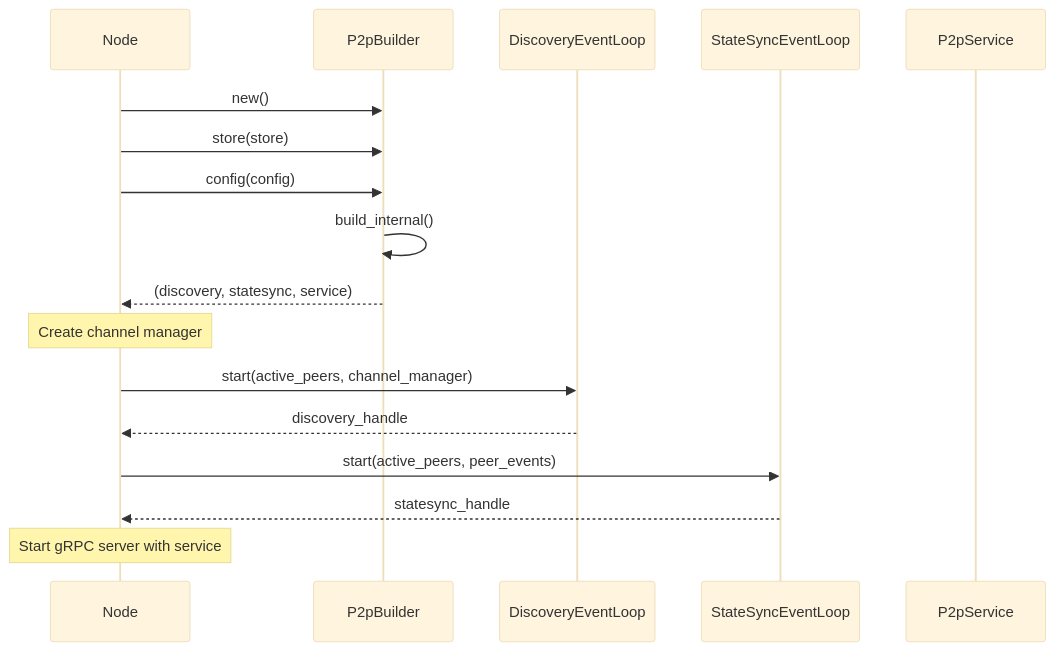
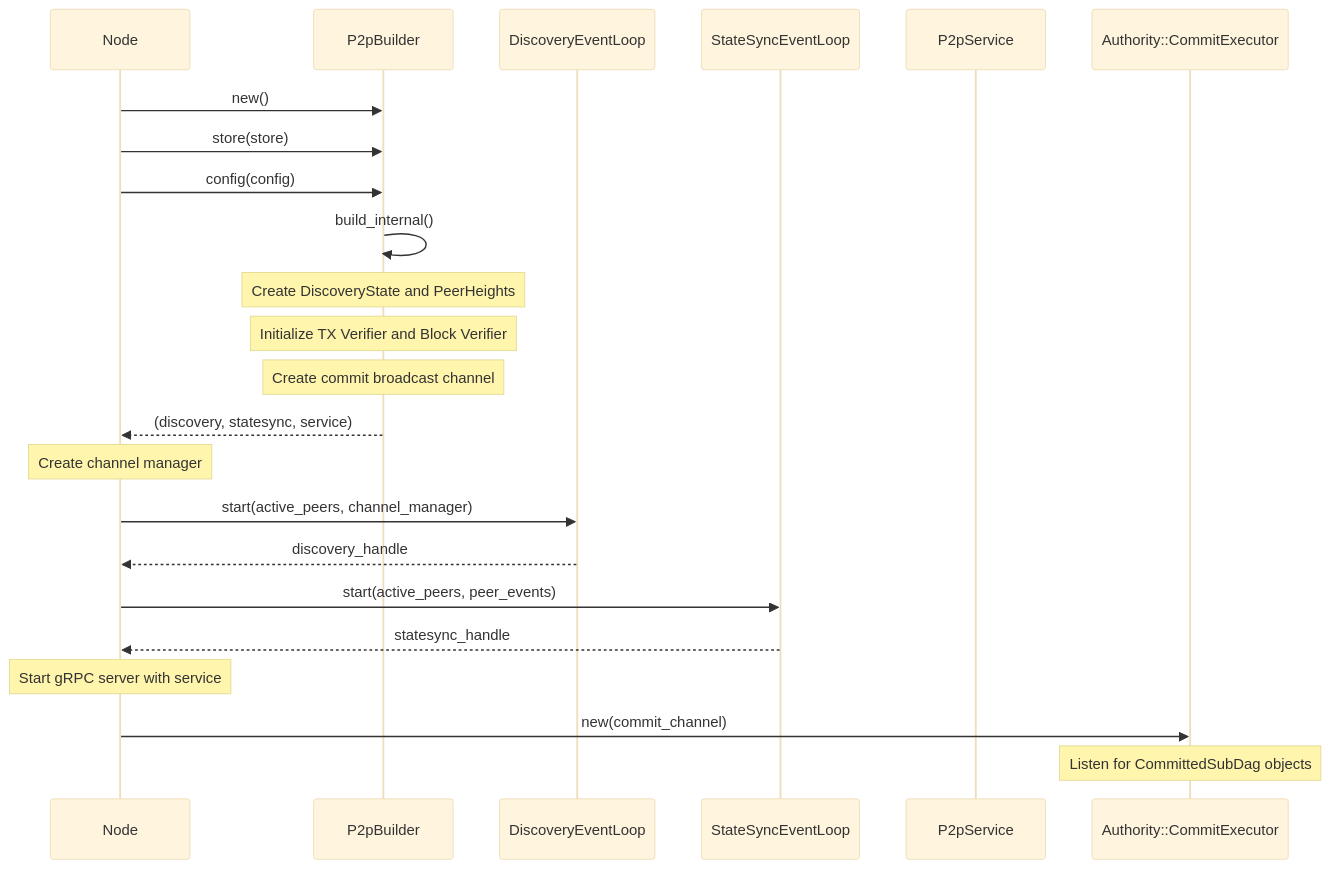
One commit to soma-org/soma changed the second of 2 diagrams in memory-bank/modules/p2p/module_structure.md. Above: the diagram before and after it, drawn with Mermaid (base theme). The commit also changed other lines of this file and 22 other files, not shown here.

````diff
--- a/memory-bank/modules/p2p/module_structure.md
+++ b/memory-bank/modules/p2p/module_structure.md
@@ -168,25 +211,32 @@
 ```mermaid
 sequenceDiagram
     participant Node
     participant Builder as P2pBuilder
     participant Discovery as DiscoveryEventLoop
     participant StateSync as StateSyncEventLoop
     participant Service as P2pService
+    participant CommitExecutor as Authority::CommitExecutor
     
     Node->>Builder: new()
     Node->>Builder: store(store)
     Node->>Builder: config(config)
     
     Builder->>Builder: build_internal()
+    Note over Builder: Create DiscoveryState and PeerHeights
+    Note over Builder: Initialize TX Verifier and Block Verifier
+    Note over Builder: Create commit broadcast channel
     Builder-->>Node: (discovery, statesync, service)
     
     Note over Node: Create channel manager
     
     Node->>Discovery: start(active_peers, channel_manager)
     Discovery-->>Node: discovery_handle
     
     Node->>StateSync: start(active_peers, peer_events)
     StateSync-->>Node: statesync_handle
     
     Note over Node: Start gRPC server with service
+    
+    Node->>CommitExecutor: new(commit_channel)
+    Note over CommitExecutor: Listen for CommittedSubDag objects
 ```
````
